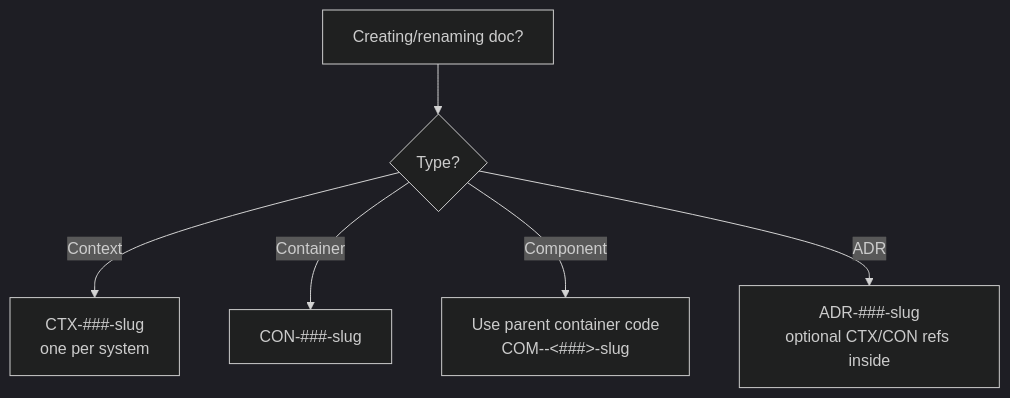
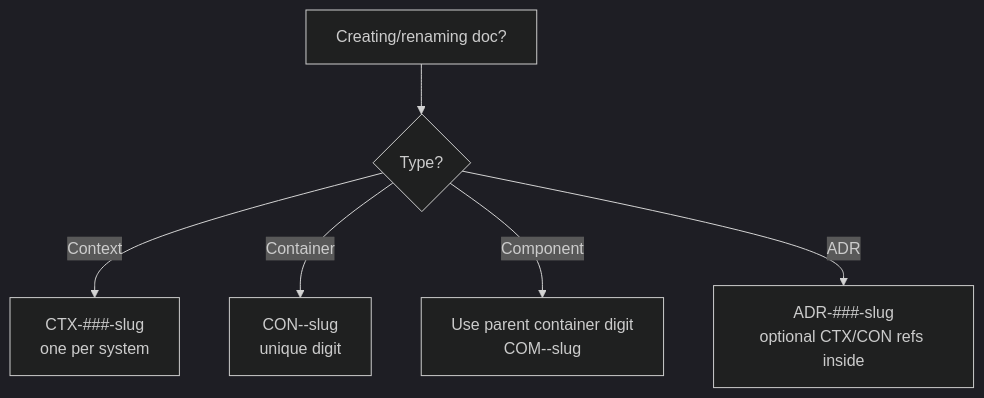
One commit to lagz0ne/c3-skill changed the diagram in skills/c3-naming/SKILL.md. Above: the diagram before and after it, drawn with Mermaid (dark theme). The commit also changed other lines of this file, not shown here.

````diff
--- a/skills/c3-naming/SKILL.md
+++ b/skills/c3-naming/SKILL.md
@@ -33,8 +33,8 @@
 ```mermaid
 flowchart TD
     Need[Creating/renaming doc?] --> Type{Type?}
     Type -->|Context| Ctx[CTX-###-slug<br/>one per system]
-    Type -->|Container| Con[CON-###-slug]
-    Type -->|Component| Com[Use parent container code<br/>COM-<CON###>-<###>-slug]
+    Type -->|Container| Con[CON-<C>-slug<br/>unique digit]
+    Type -->|Component| Com[Use parent container digit<br/>COM-<C><NN>-slug]
     Type -->|ADR| Adr[ADR-###-slug<br/>optional CTX/CON refs inside]
 ```
````
